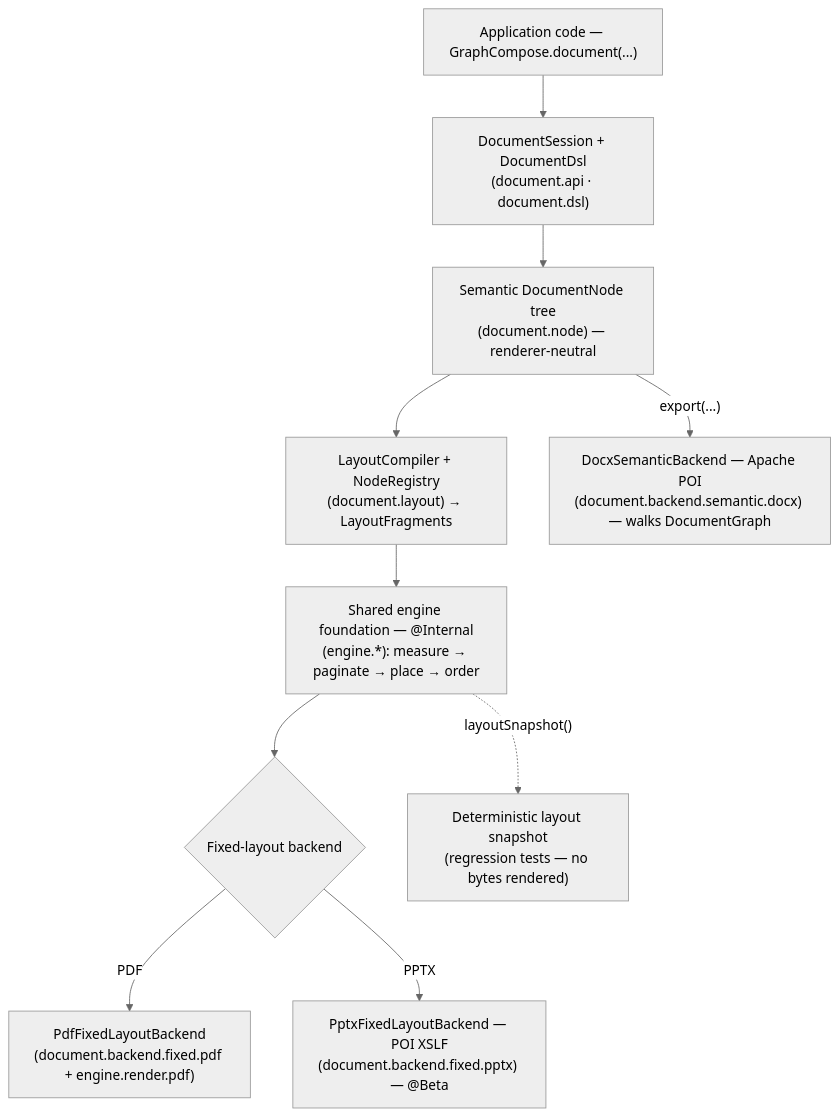
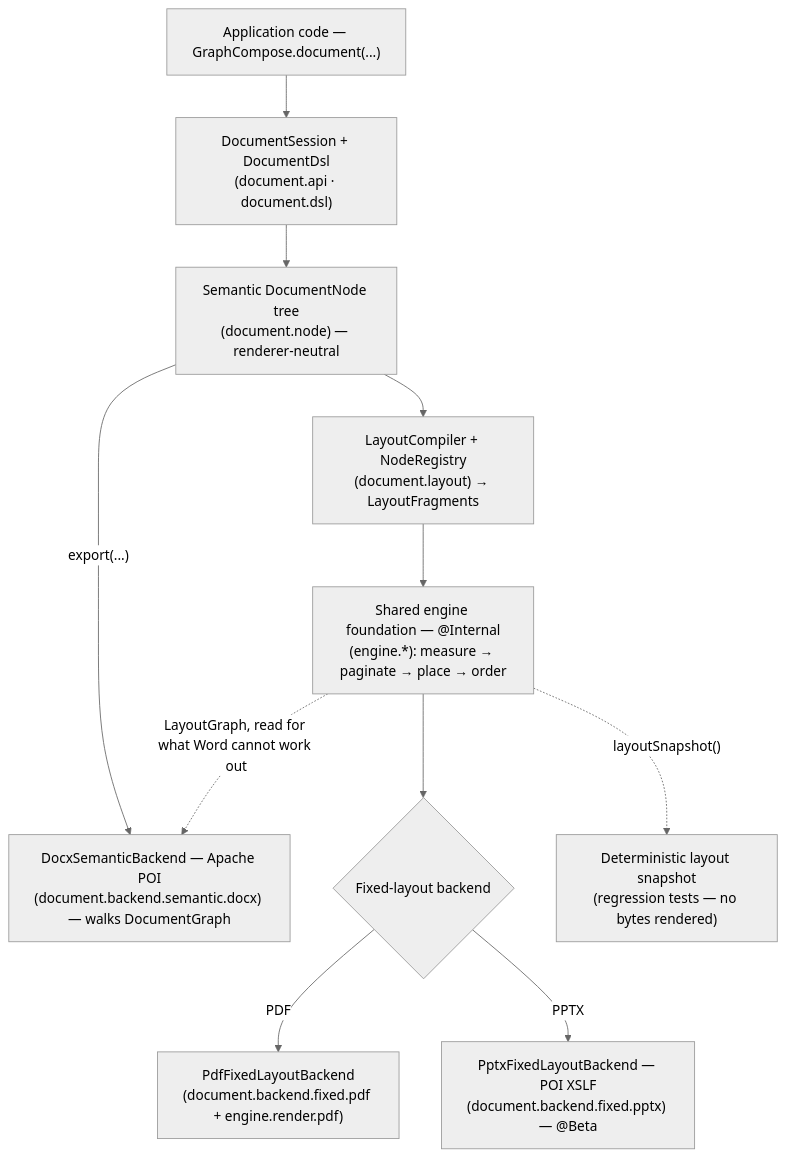
Before and after one commit to DemchaAV/GraphCompose: the diagram in docs/architecture/overview.md, drawn with Mermaid (neutral theme). The commit also changed other lines of this file and 4 other files, not shown here.

First line of the commit message:
docs(docx): say that page backgrounds are left out silently without a layout, and name the public types

````diff
--- a/docs/architecture/overview.md
+++ b/docs/architecture/overview.md
@@ -18,12 +18,13 @@
 ```mermaid
 flowchart TD
     A["Application code — GraphCompose.document(...)"] --> B["DocumentSession + DocumentDsl<br/>(document.api · document.dsl)"]
     B --> C["Semantic DocumentNode tree<br/>(document.node) — renderer-neutral"]
     C --> D["LayoutCompiler + NodeRegistry<br/>(document.layout) → LayoutFragments"]
     C -->|"export(...)"| H["DocxSemanticBackend — Apache POI<br/>(document.backend.semantic.docx) — walks DocumentGraph"]
     D --> E["Shared engine foundation — @Internal<br/>(engine.*): measure → paginate → place → order"]
     E --> F{"Fixed-layout backend"}
     F -->|PDF| G["PdfFixedLayoutBackend<br/>(document.backend.fixed.pdf + engine.render.pdf)"]
     F -->|PPTX| P["PptxFixedLayoutBackend — POI XSLF<br/>(document.backend.fixed.pptx) — @Beta"]
+    E -.->|"LayoutGraph, read for what Word cannot work out"| H
     E -.->|"layoutSnapshot()"| I["Deterministic layout snapshot<br/>(regression tests — no bytes rendered)"]
 ```
````
